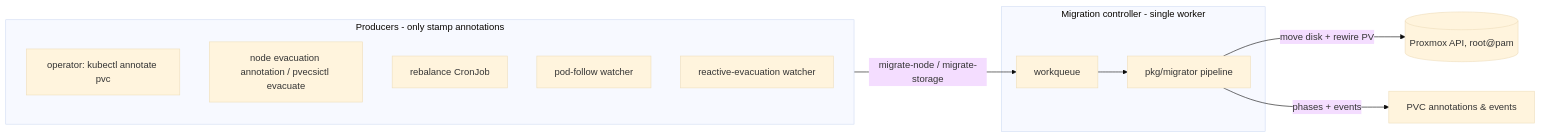
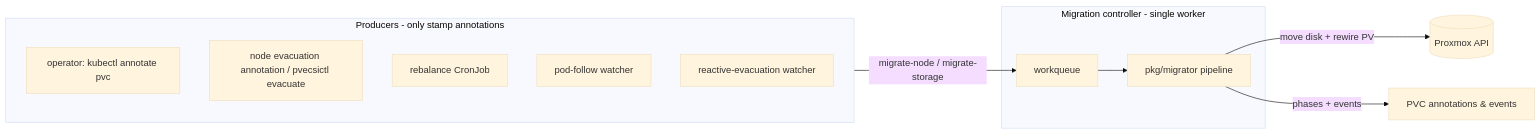
One commit to CrunchyMonkies/proxmox-csi-plugin changed the diagram in docs/migration-controller.md. Above: the diagram before and after it, drawn with Mermaid (base theme). The commit also changed other lines of this file and 19 other files, not shown here.

````diff
--- a/docs/migration-controller.md
+++ b/docs/migration-controller.md
@@ -7,16 +7,16 @@
 ```mermaid
 flowchart LR
     subgraph producers [Producers - only stamp annotations]
         op[operator: kubectl annotate pvc]
         ev[node evacuation annotation / pvecsictl evacuate]
         rb[rebalance CronJob]
         pf[pod-follow watcher]
         re[reactive-evacuation watcher]
     end
     subgraph controller [Migration controller - single worker]
         q[workqueue] --> mig[pkg/migrator pipeline]
     end
     producers -- "migrate-node / migrate-storage" --> q
-    mig -- "move disk + rewire PV" --> pve[(Proxmox API, root@pam)]
+    mig -- "move disk + rewire PV" --> pve[(Proxmox API)]
     mig -- "phases + events" --> pvc[PVC annotations & events]
 ```
````
